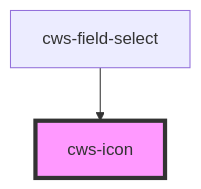
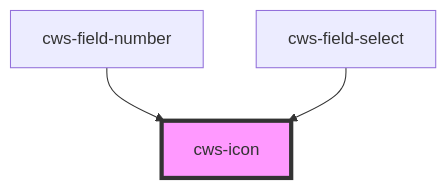
Before and after one commit to autorei/cws-web-components: the diagram in src/components/cws-icon/readme.md, drawn with Mermaid. The commit also changed other lines of this file and 2 other files, not shown here.

Commit message:
update component version

````diff
--- a/src/components/cws-icon/readme.md
+++ b/src/components/cws-icon/readme.md
@@ -23,5 +24,6 @@
 ```mermaid
 graph TD;
+  cws-field-number --> cws-icon
   cws-field-select --> cws-icon
   style cws-icon fill:#f9f,stroke:#333,stroke-width:4px
 ```
````
